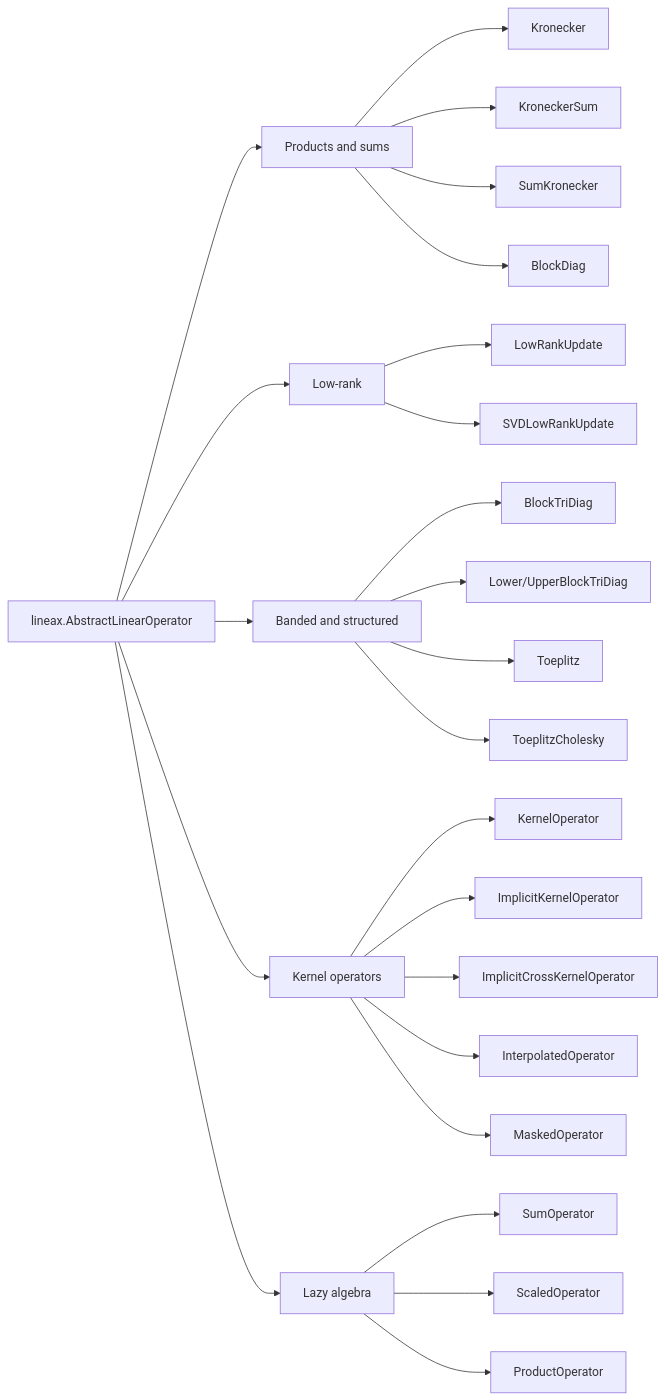
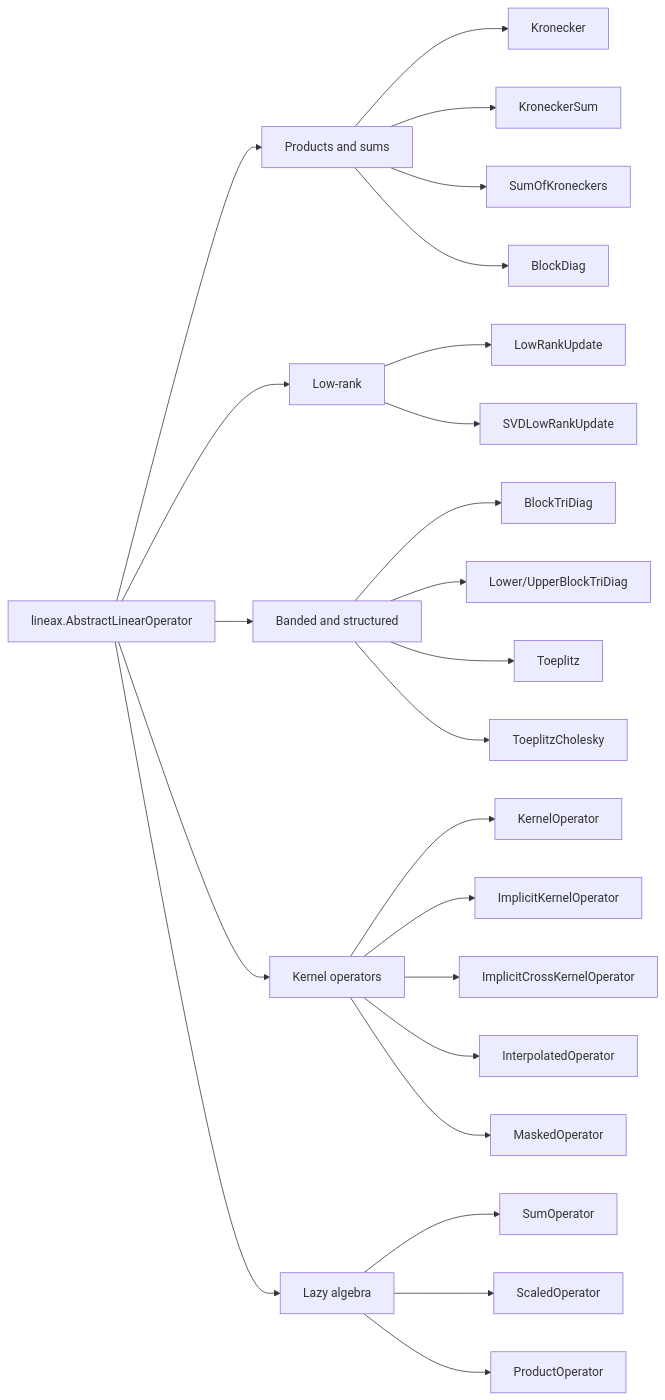
Before and after one commit to jejjohnson/gaussx: the third of 7 diagrams in docs/architecture.md, drawn with Mermaid. The commit also changed other lines of this file and 4 other files, not shown here.

````diff
--- a/docs/architecture.md
+++ b/docs/architecture.md
@@ -164,33 +164,33 @@
 ```mermaid
 flowchart LR
     ALO["lineax.AbstractLinearOperator"]
 
     ALO --> P["Products and sums"]
     ALO --> LRK["Low-rank"]
     ALO --> B["Banded and structured"]
     ALO --> K["Kernel operators"]
     ALO --> LZ["Lazy algebra"]
 
     P --> P1["Kronecker"]
     P --> P2["KroneckerSum"]
-    P --> P3["SumKronecker"]
+    P --> P3["SumOfKroneckers"]
     P --> P4["BlockDiag"]
 
     LRK --> L1["LowRankUpdate"]
     LRK --> L2["SVDLowRankUpdate"]
 
     B --> B1["BlockTriDiag"]
     B --> B2["Lower/UpperBlockTriDiag"]
     B --> B3["Toeplitz"]
     B --> B4["ToeplitzCholesky"]
 
     K --> K1["KernelOperator"]
     K --> K2["ImplicitKernelOperator"]
     K --> K3["ImplicitCrossKernelOperator"]
     K --> K4["InterpolatedOperator"]
     K --> K5["MaskedOperator"]
 
     LZ --> Z1["SumOperator"]
     LZ --> Z2["ScaledOperator"]
     LZ --> Z3["ProductOperator"]
 ```
````
